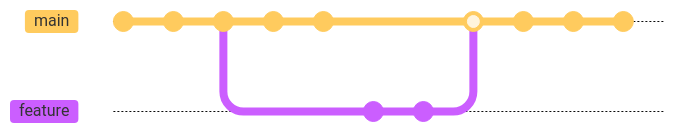
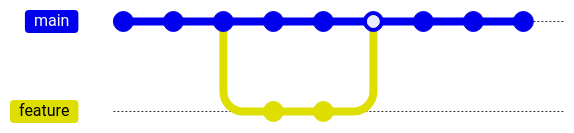
Before and after one commit to td-github-training/td-github-training.github.io: the second of 2 diagrams in docs/docs/basic/git/branches.md, drawn with Mermaid. The commit also changed other lines of this file and 1 other file, not shown here. Commit ids are hidden.

Commit message:
Updated gitGraph colors

````diff
--- a/docs/docs/basic/git/branches.md
+++ b/docs/docs/basic/git/branches.md
@@ -22,19 +22,19 @@
 ```mermaid
-%%{init: { 'logLevel': 'debug', 'theme': 'base', 'gitGraph': {'showBranches': true, 'showCommitLabel': false}} }%%
+%%{init: { 'logLevel': 'debug', 'gitGraph': {'showBranches': true, 'showCommitLabel': false, 'parallelCommits': true }} }%%
     gitGraph
        commit
        commit
        commit
        branch feature
        checkout main
        commit
        commit
        checkout feature
        commit
        commit
        checkout main
        merge feature
        commit
        commit
        commit
 ```
````
